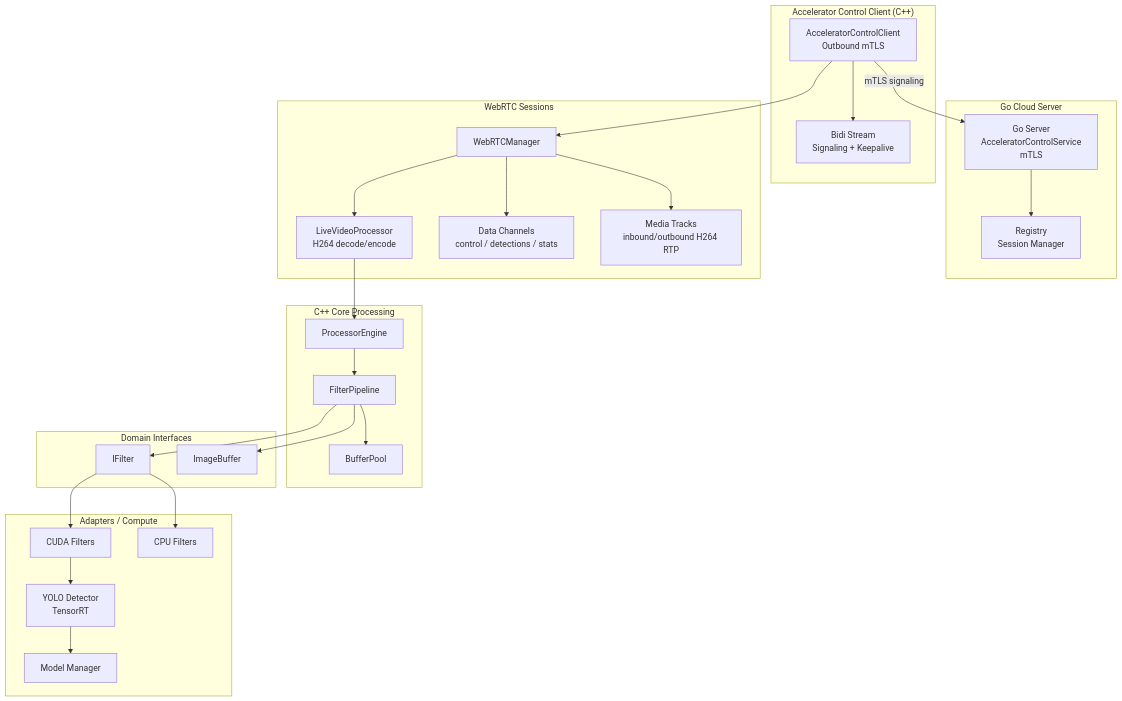
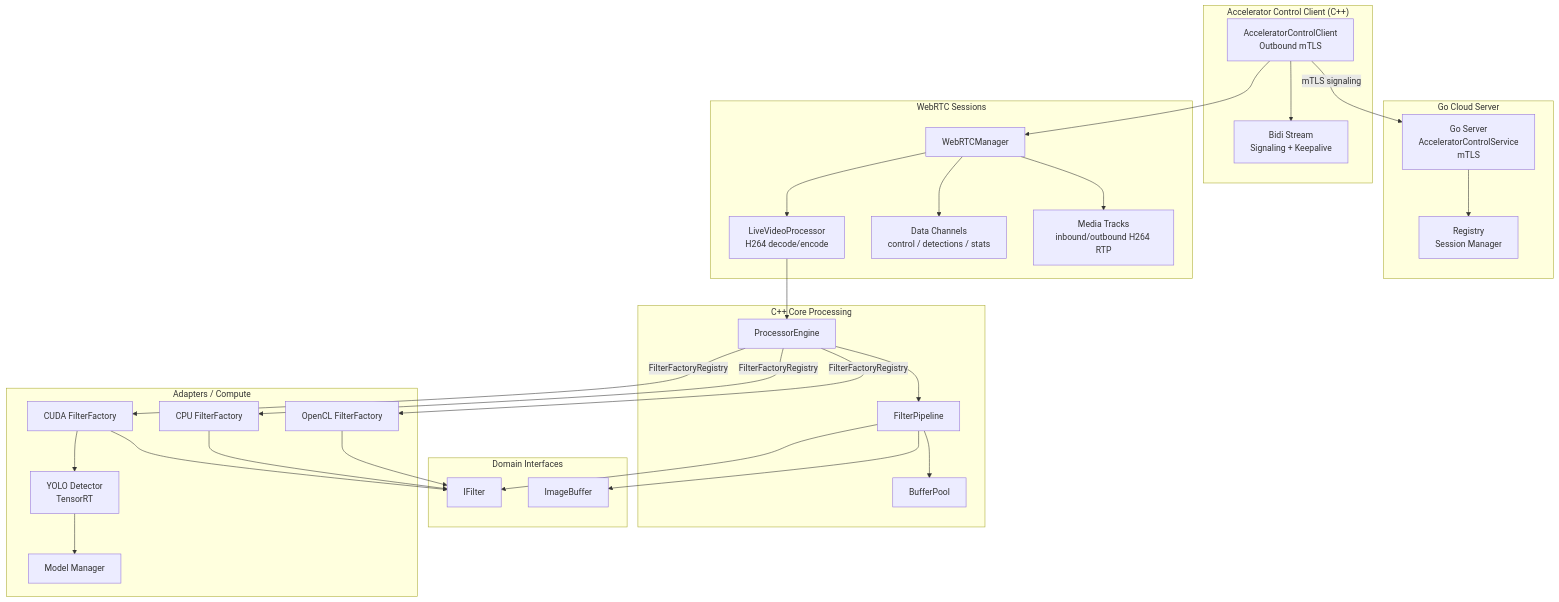
The first of 6 diagrams in src/cpp_accelerator/README.md (josnelihurt/learning-cuda), drawn with Mermaid before and after one commit. The commit also changed other lines of this file and 37 other files, not shown here.

````diff
--- a/src/cpp_accelerator/README.md
+++ b/src/cpp_accelerator/README.md
@@ -29,57 +29,62 @@
 ```mermaid
 graph TB
     subgraph "Go Cloud Server"
         GoServer[Go Server<br/>AcceleratorControlService<br/>mTLS]
         Registry[Registry<br/>Session Manager]
     end
 
     subgraph "Accelerator Control Client (C++)"
         AccelClient[AcceleratorControlClient<br/>Outbound mTLS]
         BidiStream[Bidi Stream<br/>Signaling + Keepalive]
     end
 
     subgraph "WebRTC Sessions"
         WebRTCMgr[WebRTCManager]
         LiveVP[LiveVideoProcessor<br/>H264 decode/encode]
         DataChannels[Data Channels<br/>control / detections / stats]
         MediaTracks[Media Tracks<br/>inbound/outbound H264 RTP]
     end
 
     subgraph "C++ Core Processing"
         ProcessorEngine[ProcessorEngine]
         FilterPipeline[FilterPipeline]
         BufferPool[BufferPool]
     end
 
     subgraph "Domain Interfaces"
         IFilter[IFilter]
         ImageBuffer[ImageBuffer]
     end
 
     subgraph "Adapters / Compute"
-        CudaFilters[CUDA Filters]
-        CpuFilters[CPU Filters]
+        CudaFactory[CUDA FilterFactory]
+        CpuFactory[CPU FilterFactory]
+        OpenCLFactory[OpenCL FilterFactory]
         YOLODetector[YOLO Detector<br/>TensorRT]
         ModelManager[Model Manager]
     end
 
     GoServer --> Registry
 
     AccelClient -->|mTLS signaling| GoServer
     AccelClient --> BidiStream
     AccelClient --> WebRTCMgr
 
     WebRTCMgr --> LiveVP
     WebRTCMgr --> DataChannels
     WebRTCMgr --> MediaTracks
     LiveVP --> ProcessorEngine
 
     ProcessorEngine --> FilterPipeline
     FilterPipeline --> BufferPool
     FilterPipeline --> IFilter
-    IFilter --> CudaFilters
-    IFilter --> CpuFilters
-    CudaFilters --> YOLODetector
+    ProcessorEngine -->|FilterFactoryRegistry| CudaFactory
+    ProcessorEngine -->|FilterFactoryRegistry| CpuFactory
+    ProcessorEngine -->|FilterFactoryRegistry| OpenCLFactory
+    CudaFactory --> IFilter
+    CpuFactory --> IFilter
+    OpenCLFactory --> IFilter
+    CudaFactory --> YOLODetector
     YOLODetector --> ModelManager
     FilterPipeline --> ImageBuffer
 ```
````
